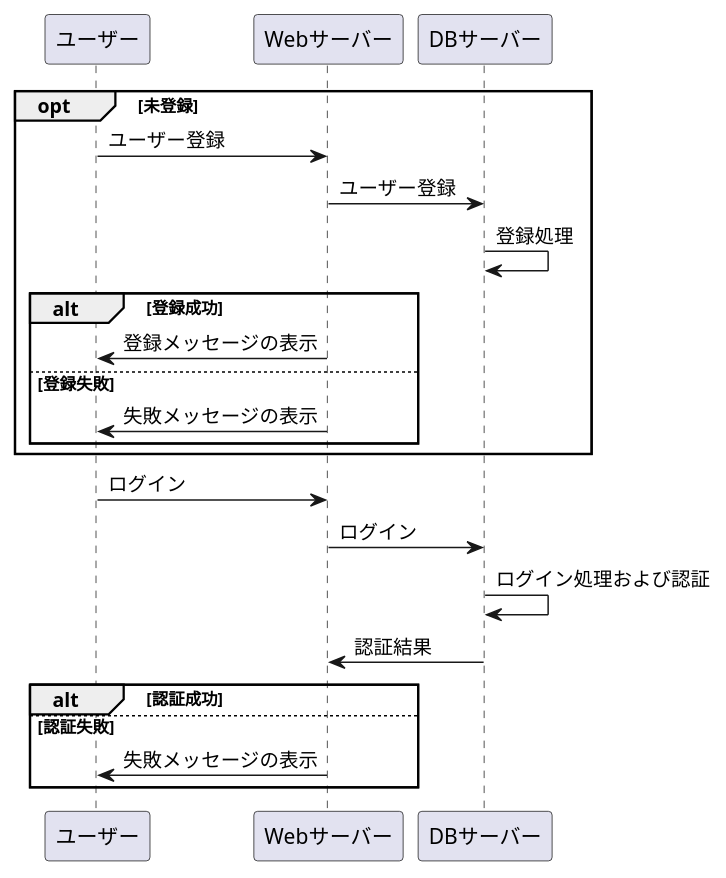
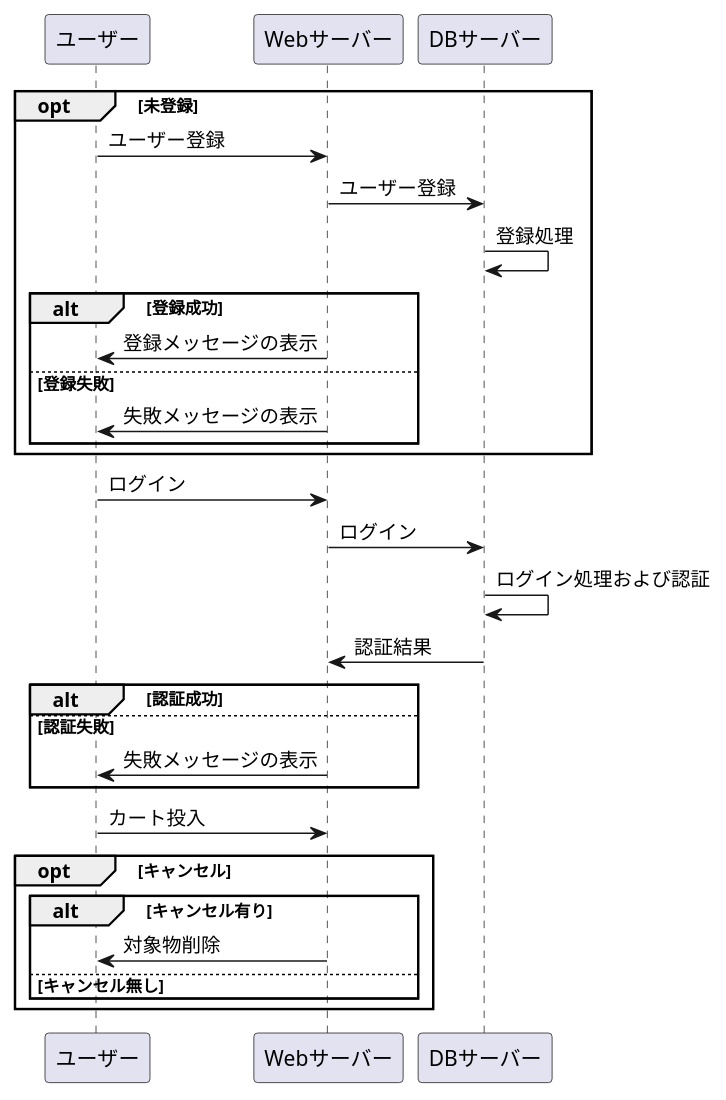
Before and after one commit to Aso2001374/2021sys-design: the diagram in 0511kadai.md, drawn with PlantUML.

````diff
--- a/0511kadai.md
+++ b/0511kadai.md
@@ -1,29 +1,41 @@
 ```uml
 @startuml
 
 opt 未登録
 
 ユーザー -> Webサーバー:ユーザー登録
 Webサーバー -> DBサーバー:ユーザー登録
 DBサーバー -> DBサーバー:登録処理
 
   alt 登録成功
     Webサーバー ->ユーザー:登録メッセージの表示
   else 登録失敗
     Webサーバー ->ユーザー:失敗メッセージの表示
   end
   
 end
 
 ユーザー -> Webサーバー:ログイン
 Webサーバー -> DBサーバー:ログイン
 DBサーバー -> DBサーバー:ログイン処理および認証
 DBサーバー -> Webサーバー:認証結果
 
   alt 認証成功
     else 認証失敗
     Webサーバー ->ユーザー:失敗メッセージの表示
   end
     
+
+ユーザー -> Webサーバー:カート投入
+
+  opt キャンセル
+    alt キャンセル有り
+      Webサーバー ->ユーザー:対象物削除
+    else キャンセル無し
+  end
+  
+  
+  
+end
 @enduml
 ```
````
